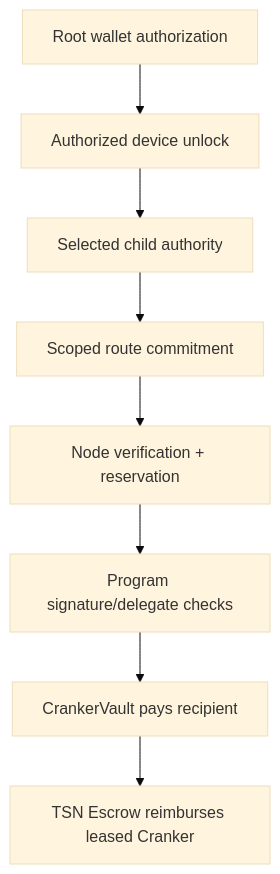
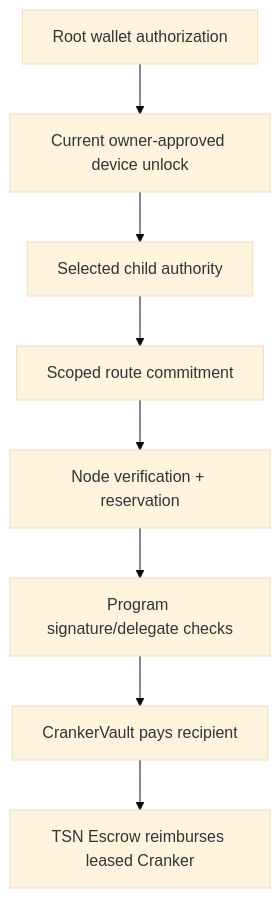
The diagram in docs/security-model.md (bigdreamsweb3/trustlink-pay), drawn with Mermaid (base theme) before and after one commit. The commit also changed other lines of this file and 31 other files, not shown here.

````diff
--- a/docs/security-model.md
+++ b/docs/security-model.md
@@ -20,10 +20,10 @@
 ```mermaid
 flowchart TD
-    W[Root wallet authorization] --> D[Authorized device unlock]
+    W[Root wallet authorization] --> D[Current owner-approved device unlock]
     D --> K[Selected child authority]
     K --> M[Scoped route commitment]
     M --> N[Node verification + reservation]
     N --> P[Program signature/delegate checks]
     P --> V[CrankerVault pays recipient]
     V --> E[TSN Escrow reimburses leased Cranker]
 ```
````
